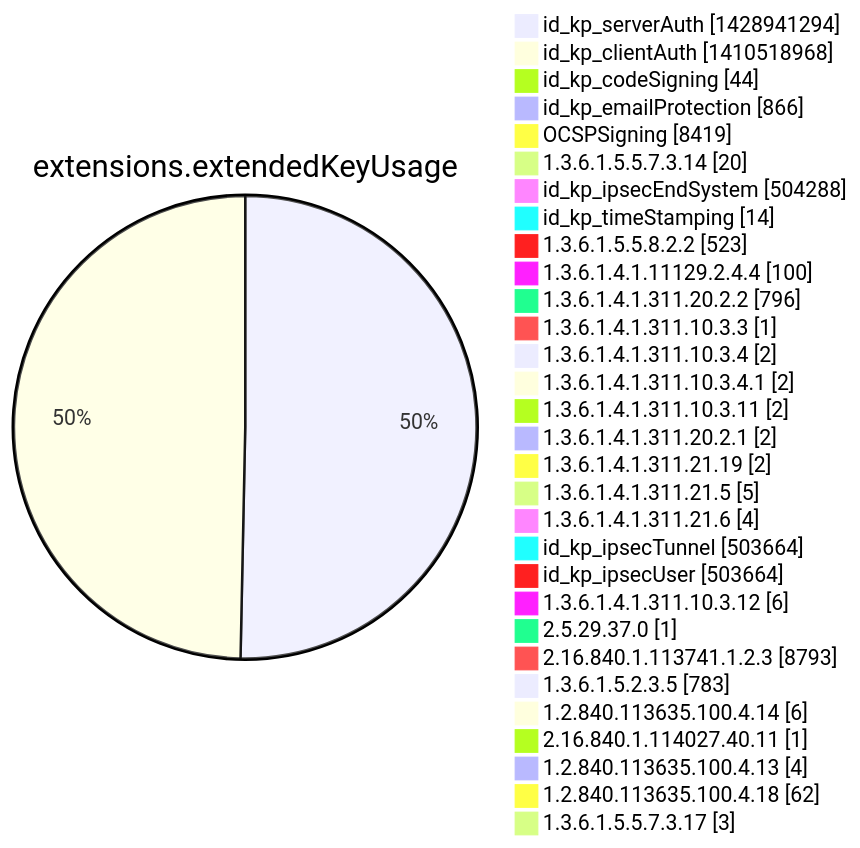
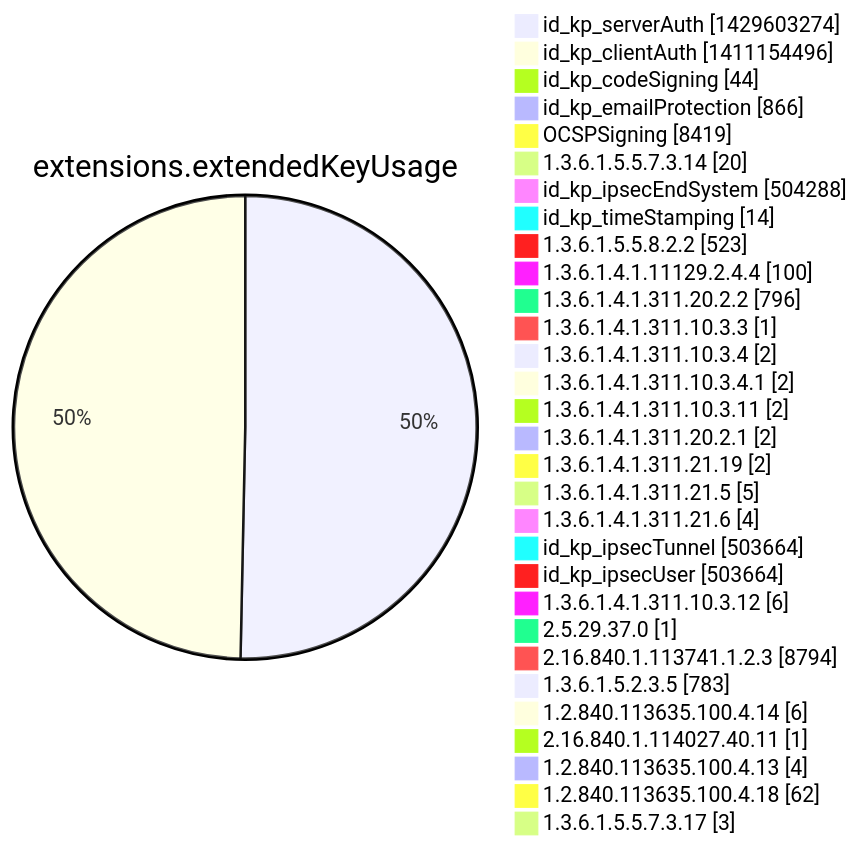
Diagram 12 of 15 in argon2022/README.md (christiankrug/ctmonitor_visualization), drawn with Mermaid before and after one commit. The commit also changed other lines of this file, not shown here.

````diff
--- a/argon2022/README.md
+++ b/argon2022/README.md
@@ -3555,34 +3555,34 @@
 ```mermaid
 pie showData
 title extensions.extendedKeyUsage
-"id_kp_serverAuth" :1428941294
-"id_kp_clientAuth" :1410518968
+"id_kp_serverAuth" :1429603274
+"id_kp_clientAuth" :1411154496
 "id_kp_codeSigning" :44
 "id_kp_emailProtection" :866
 "OCSPSigning" :8419
 "1.3.6.1.5.5.7.3.14" :20
 "id_kp_ipsecEndSystem" :504288
 "id_kp_timeStamping" :14
 "1.3.6.1.5.5.8.2.2" :523
 "1.3.6.1.4.1.11129.2.4.4" :100
 "1.3.6.1.4.1.311.20.2.2" :796
 "1.3.6.1.4.1.311.10.3.3" :1
 "1.3.6.1.4.1.311.10.3.4" :2
 "1.3.6.1.4.1.311.10.3.4.1" :2
 "1.3.6.1.4.1.311.10.3.11" :2
 "1.3.6.1.4.1.311.20.2.1" :2
 "1.3.6.1.4.1.311.21.19" :2
 "1.3.6.1.4.1.311.21.5" :5
 "1.3.6.1.4.1.311.21.6" :4
 "id_kp_ipsecTunnel" :503664
 "id_kp_ipsecUser" :503664
 "1.3.6.1.4.1.311.10.3.12" :6
 "2.5.29.37.0" :1
-"2.16.840.1.113741.1.2.3" :8793
+"2.16.840.1.113741.1.2.3" :8794
 "1.3.6.1.5.2.3.5" :783
 "1.2.840.113635.100.4.14" :6
 "2.16.840.1.114027.40.11" :1
 "1.2.840.113635.100.4.13" :4
 "1.2.840.113635.100.4.18" :62
 "1.3.6.1.5.5.7.3.17" :3
 ```
````
